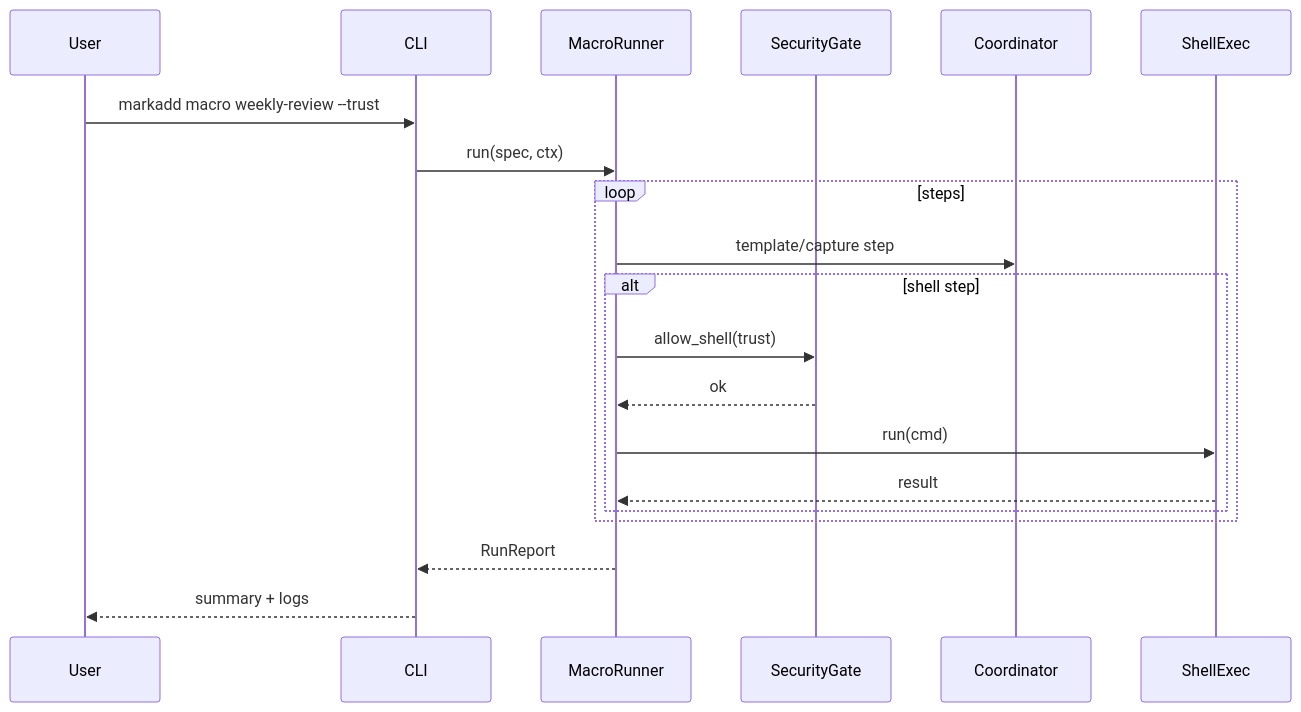
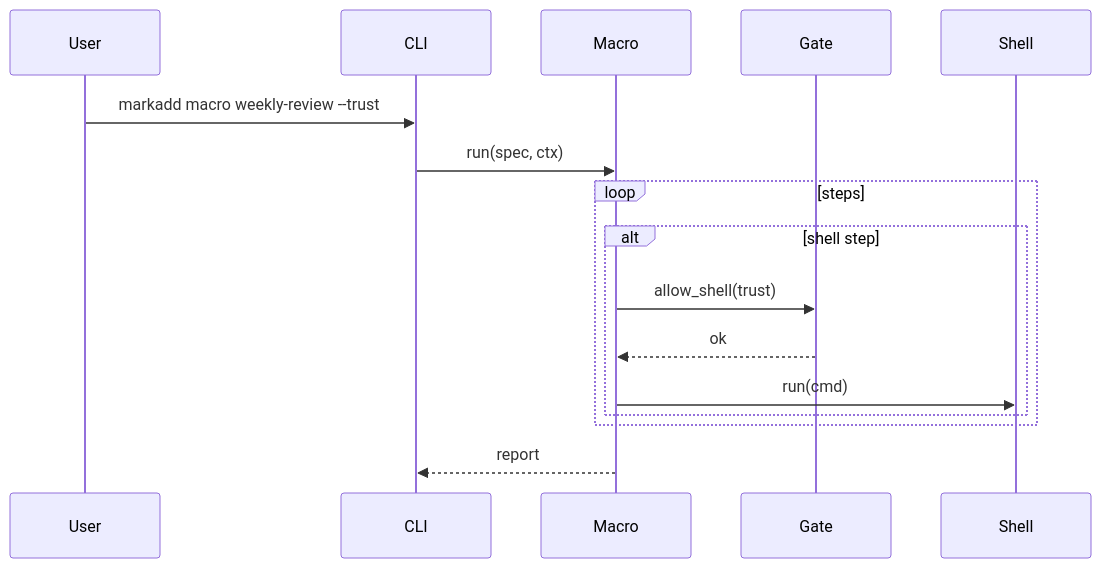
One commit to agustinvalencia/mdvault changed diagram 16 of 22 in docs/01_development_plan.md. Above: the diagram before and after it, drawn with Mermaid. The commit also changed other lines of this file and 1 other file, not shown here.

````diff
--- a/docs/01_development_plan.md
+++ b/docs/01_development_plan.md
@@ -416,23 +429,19 @@
 ```mermaid
 sequenceDiagram
   participant User
   participant CLI
-  participant Macro as MacroRunner
-  participant Gate as SecurityGate
-  participant Coord as Coordinator
-  participant Shell as ShellExec
+  participant Macro
+  participant Gate
+  participant Shell
 
   User->>CLI: markadd macro weekly-review --trust
   CLI->>Macro: run(spec, ctx)
   loop steps
-    Macro->>Coord: template/capture step
     alt shell step
       Macro->>Gate: allow_shell(trust)
       Gate-->>Macro: ok
       Macro->>Shell: run(cmd)
-      Shell-->>Macro: result
     end
   end
-  Macro-->>CLI: RunReport
-  CLI-->>User: summary + logs
+  Macro-->>CLI: report
 ```
````
